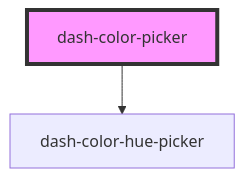
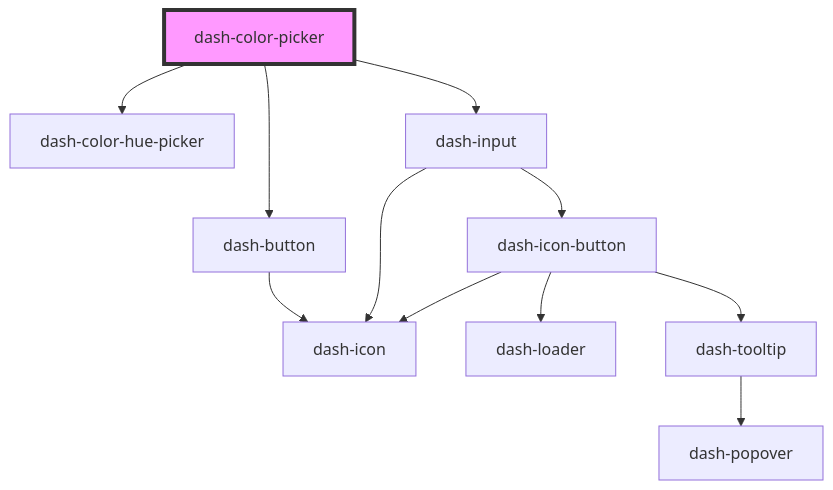
The diagram in packages/dash-components/src/components/dash-color-picker/readme.md (jmanke/dash), drawn with Mermaid before and after one commit. The commit also changed other lines of this file and 13 other files, not shown here.

````diff
--- a/packages/dash-components/src/components/dash-color-picker/readme.md
+++ b/packages/dash-components/src/components/dash-color-picker/readme.md
@@ -32,5 +37,14 @@
 ```mermaid
 graph TD;
   dash-color-picker --> dash-color-hue-picker
+  dash-color-picker --> dash-button
+  dash-color-picker --> dash-input
+  dash-button --> dash-icon
+  dash-input --> dash-icon
+  dash-input --> dash-icon-button
+  dash-icon-button --> dash-icon
+  dash-icon-button --> dash-loader
+  dash-icon-button --> dash-tooltip
+  dash-tooltip --> dash-popover
   style dash-color-picker fill:#f9f,stroke:#333,stroke-width:4px
 ```
````
